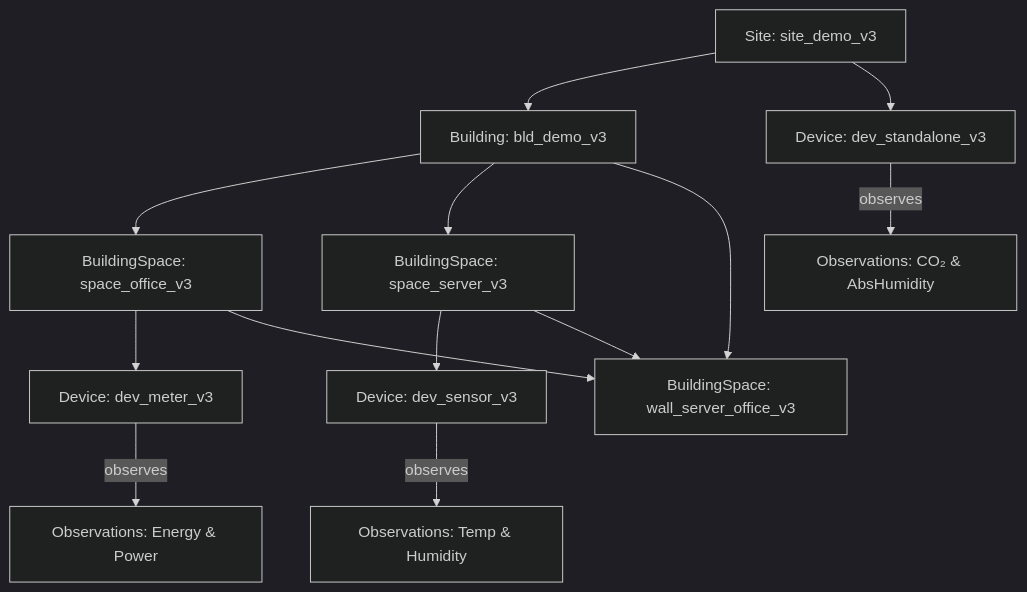
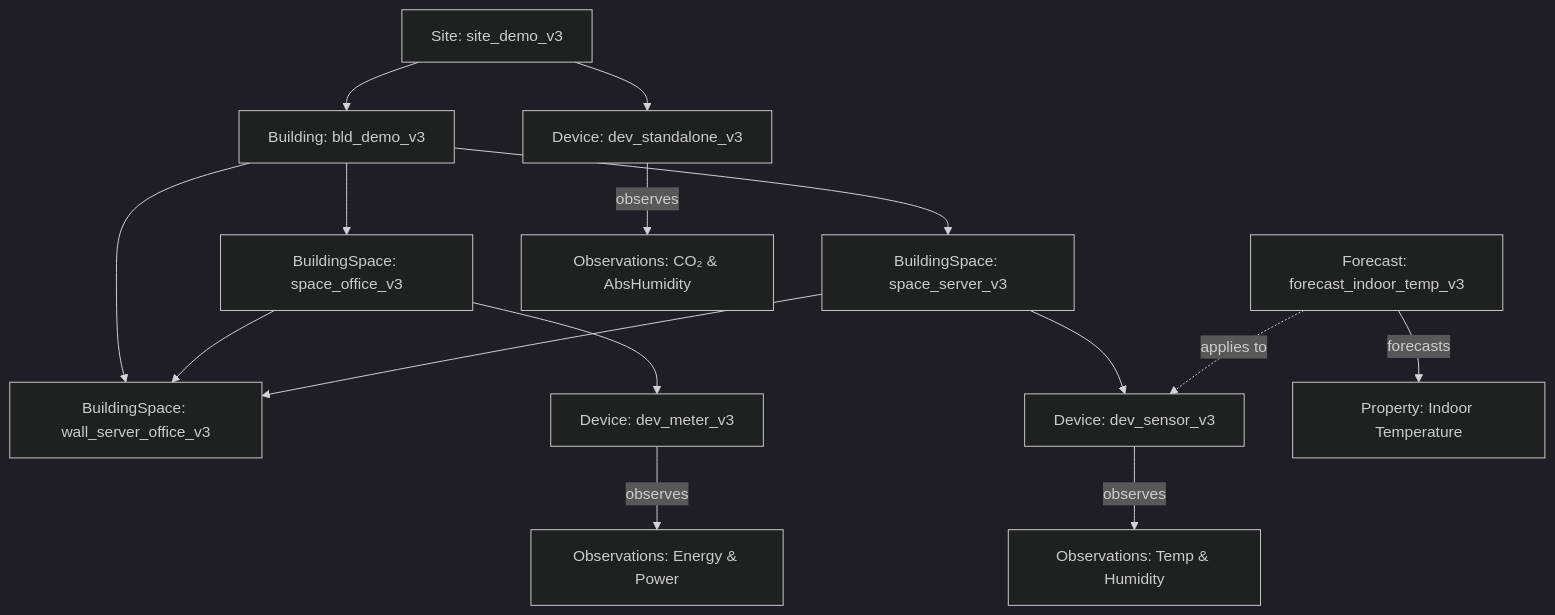
The diagram in guides/data provider/transformation_endpoints_guide.md (CenterDenmark/elexia-datamodel), drawn with Mermaid (dark theme) before and after one commit. The commit also changed other lines of this file, not shown here.

Commit message:
feat(transformation_endpoints_guide): Add forecast example to guide

````diff
--- a/guides/data provider/transformation_endpoints_guide.md
+++ b/guides/data provider/transformation_endpoints_guide.md
@@ -66,15 +66,19 @@
 ```mermaid
 flowchart TD
   Site["Site: site_demo_v3"] --> Building["Building: bld_demo_v3"]
   Building --> Office["BuildingSpace: space_office_v3"]
   Building --> Server["BuildingSpace: space_server_v3"]
   Building --> Wall["BuildingSpace: wall_server_office_v3"]
   Office --> Meter["Device: dev_meter_v3"]
   Server --> Sensor["Device: dev_sensor_v3"]
   Office --> Wall["BuildingSpace: wall_server_office_v3"]
   Server --> Wall["BuildingSpace: wall_server_office_v3"]
   Site --> Standalone["Device: dev_standalone_v3"]
   Meter -->|observes| Energy["Observations: Energy & Power"]
   Sensor -->|observes| Climate["Observations: Temp & Humidity"]
   Standalone -->|observes| Air["Observations: CO₂ & AbsHumidity"]
+
+  %% Forecast Example
+  Forecast["Forecast: forecast_indoor_temp_v3"] -.->|applies to| Sensor
+  Forecast -->|forecasts| TempProp["Property: Indoor Temperature"]
 ```
````
